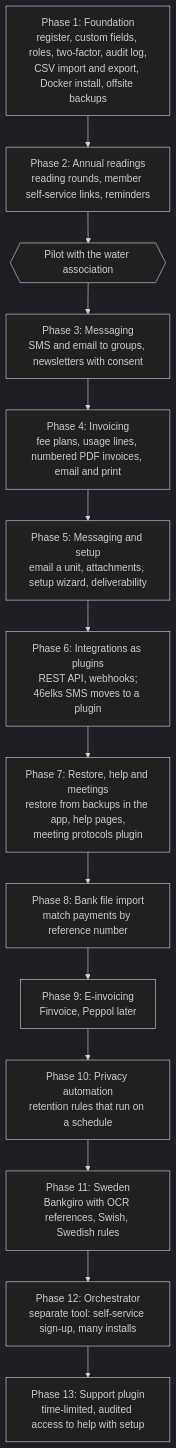
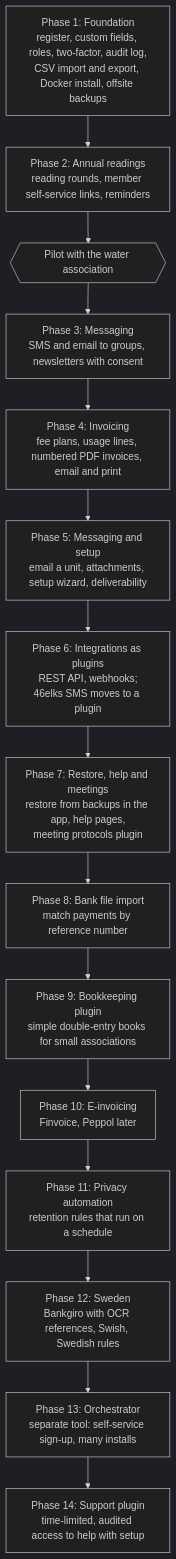
Before and after one commit to savv3/Metra: the second of 2 diagrams in docs/architecture.md, drawn with Mermaid (dark theme). The commit also changed other lines of this file, not shown here.

First line of the commit message:
Roadmap: add a bookkeeping plugin as phase 9

````diff
--- a/docs/architecture.md
+++ b/docs/architecture.md
@@ -155,18 +155,19 @@
 ```mermaid
 flowchart TD
     p1[Phase 1: Foundation<br/>register, custom fields, roles, two-factor, audit log,<br/>CSV import and export, Docker install, offsite backups]
     p2[Phase 2: Annual readings<br/>reading rounds, member self-service links, reminders]
     gate{{Pilot with the water association}}
     p3[Phase 3: Messaging<br/>SMS and email to groups, newsletters with consent]
     p4[Phase 4: Invoicing<br/>fee plans, usage lines, numbered PDF invoices, email and print]
     p5[Phase 5: Messaging and setup<br/>email a unit, attachments, setup wizard, deliverability]
     p6[Phase 6: Integrations as plugins<br/>REST API, webhooks;<br/>46elks SMS moves to a plugin]
     p7[Phase 7: Restore, help and meetings<br/>restore from backups in the app, help pages,<br/>meeting protocols plugin]
     p8[Phase 8: Bank file import<br/>match payments by reference number]
-    p9[Phase 9: E-invoicing<br/>Finvoice, Peppol later]
-    p10[Phase 10: Privacy automation<br/>retention rules that run on a schedule]
-    p11[Phase 11: Sweden<br/>Bankgiro with OCR references, Swish, Swedish rules]
-    p12[Phase 12: Orchestrator<br/>separate tool: self-service sign-up, many installs]
-    p13[Phase 13: Support plugin<br/>time-limited, audited access to help with setup]
-    p1 --> p2 --> gate --> p3 --> p4 --> p5 --> p6 --> p7 --> p8 --> p9 --> p10 --> p11 --> p12 --> p13
+    p9[Phase 9: Bookkeeping plugin<br/>simple double-entry books for small associations]
+    p10[Phase 10: E-invoicing<br/>Finvoice, Peppol later]
+    p11[Phase 11: Privacy automation<br/>retention rules that run on a schedule]
+    p12[Phase 12: Sweden<br/>Bankgiro with OCR references, Swish, Swedish rules]
+    p13[Phase 13: Orchestrator<br/>separate tool: self-service sign-up, many installs]
+    p14[Phase 14: Support plugin<br/>time-limited, audited access to help with setup]
+    p1 --> p2 --> gate --> p3 --> p4 --> p5 --> p6 --> p7 --> p8 --> p9 --> p10 --> p11 --> p12 --> p13 --> p14
 ```
````
